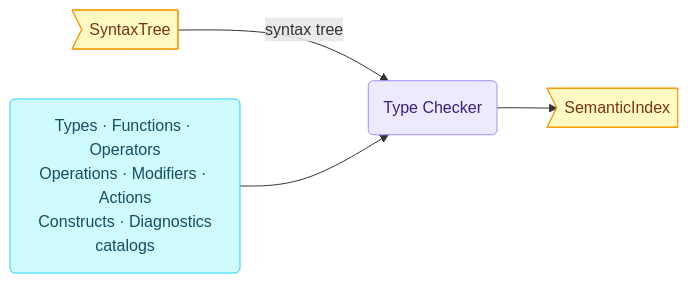
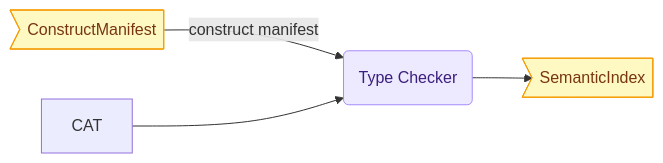
One commit to sfalik/Precept changed the fourth of 10 diagrams in docs/compiler-and-runtime-design.md. Above: the diagram before and after it, drawn with Mermaid. The commit also changed other lines of this file and 6 other files, not shown here.

First line of the commit message:
Rename SyntaxTree -> ConstructManifest

````diff
--- a/docs/compiler-and-runtime-design.md
+++ b/docs/compiler-and-runtime-design.md
@@ -383,16 +381,15 @@
 ```mermaid
 flowchart LR
     classDef input   fill:#dbeafe,stroke:#60a5fa,color:#1e3a5f
     classDef catalog fill:#cffafe,stroke:#22d3ee,color:#164e63
     classDef stage   fill:#ede9fe,stroke:#a78bfa,color:#3b1f7e
     classDef out     fill:#fef9c3,stroke:#f59e0b,color:#78350f
 
-    ST>"SyntaxTree"]:::out
-    CAT("Types · Functions · Operators<br/>Operations · Modifiers · Actions<br/>Constructs · Diagnostics<br/>catalogs"):::catalog
+    ST>"ConstructManifest"]:::out
     TC(Type Checker):::stage
     OUT>"SemanticIndex"]:::out
 
-    ST -->|"syntax tree"| TC
+    ST -->|"construct manifest"| TC
     CAT --> TC
     TC --> OUT
 ```
````
